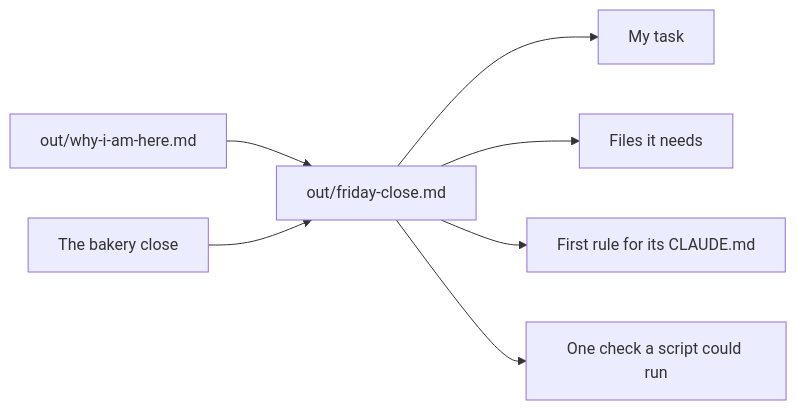
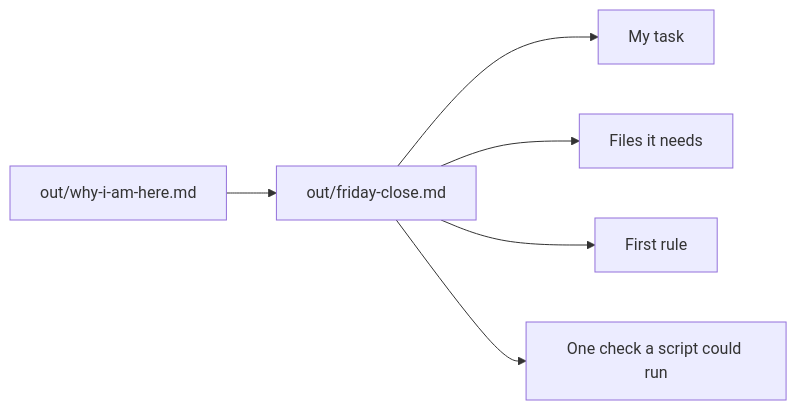
Before and after one commit to learnwithparam/claude-code-for-everyone: the diagram in parts/06-share-the-close/04-map-your-own-close/problem/README.md, drawn with Mermaid. The commit also changed other lines of this file and 573 other files, not shown here.

````diff
--- a/parts/06-share-the-close/04-map-your-own-close/problem/README.md
+++ b/parts/06-share-the-close/04-map-your-own-close/problem/README.md
@@ -9,9 +7,8 @@
 ```mermaid
 flowchart LR
   W[out/why-i-am-here.md] --> M[out/friday-close.md]
-  B[The bakery close] --> M
   M --> T[My task]
   M --> F[Files it needs]
-  M --> R[First rule for its CLAUDE.md]
+  M --> R[First rule]
   M --> C[One check a script could run]
 ```
````
